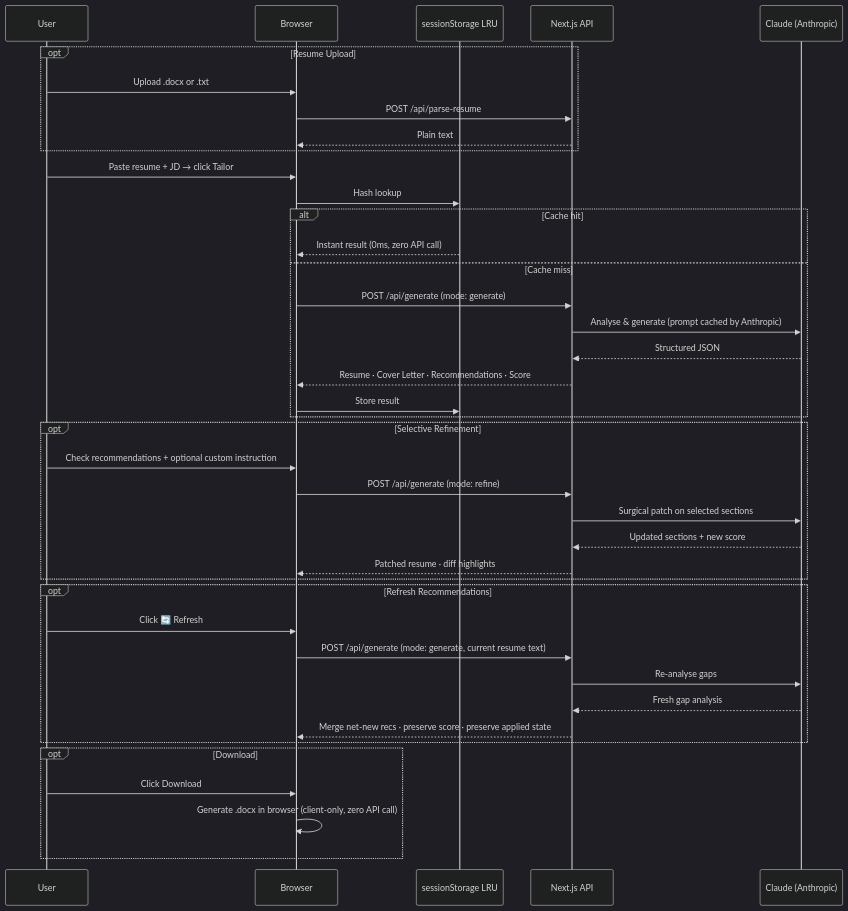
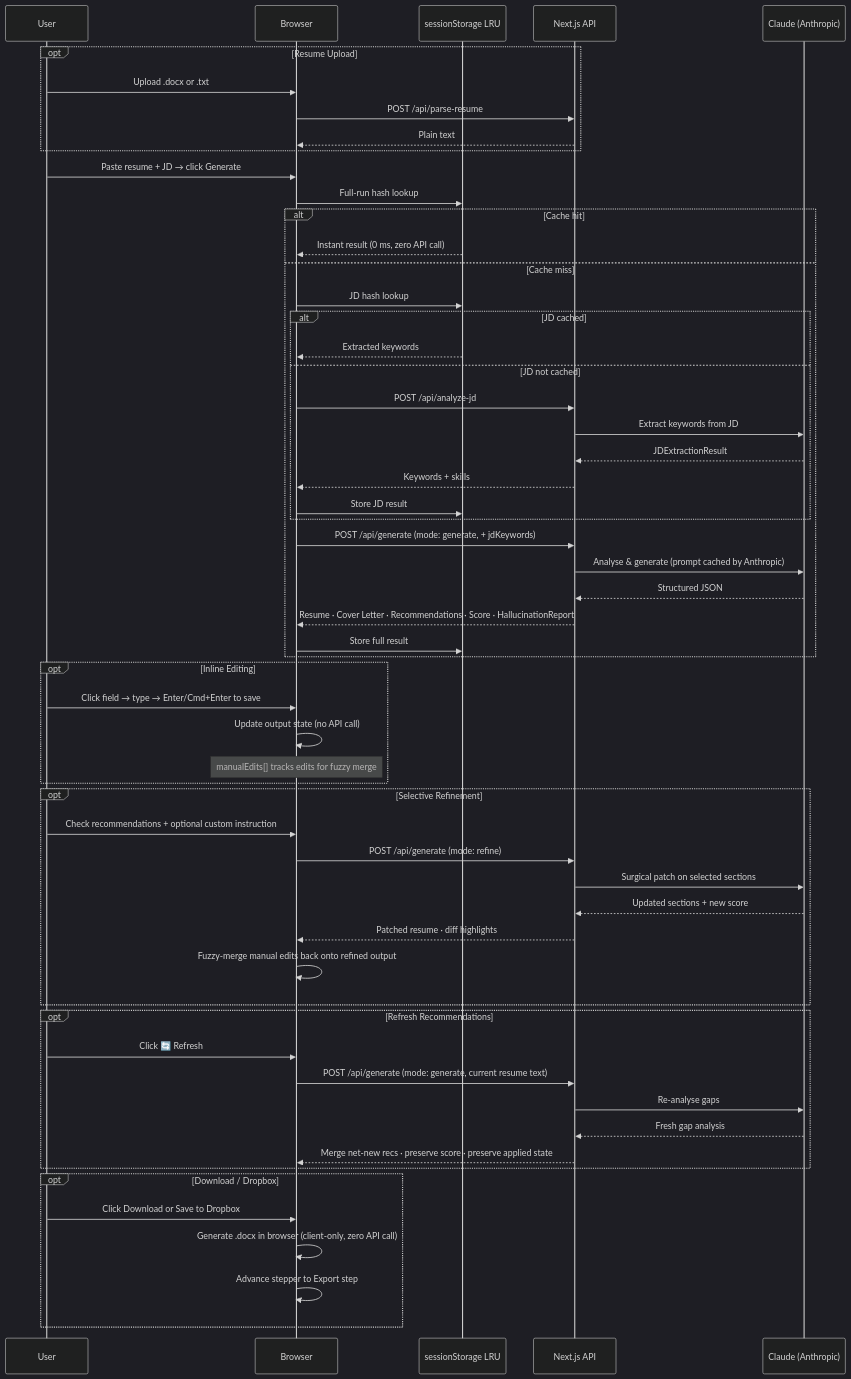
One commit to hardikshukla/resume-builder changed the diagram in README.md. Above: the diagram before and after it, drawn with Mermaid (dark theme). The commit also changed other lines of this file and 52 other files, not shown here.

First line of the commit message:
feat: add ResumePreview and WorkflowStepper components for enhanced resume management

````diff
--- a/README.md
+++ b/README.md
@@ -169,47 +200,65 @@
 ```mermaid
 sequenceDiagram
     participant U as User
     participant UI as Browser
     participant CACHE as sessionStorage LRU
     participant API as Next.js API
     participant LLM as Claude (Anthropic)
 
     opt Resume Upload
         U->>UI: Upload .docx or .txt
         UI->>API: POST /api/parse-resume
         API-->>UI: Plain text
     end
 
-    U->>UI: Paste resume + JD → click Tailor
-    UI->>CACHE: Hash lookup
+    U->>UI: Paste resume + JD → click Generate
+    UI->>CACHE: Full-run hash lookup
     alt Cache hit
-        CACHE-->>UI: Instant result (0ms, zero API call)
+        CACHE-->>UI: Instant result (0 ms, zero API call)
     else Cache miss
-        UI->>API: POST /api/generate (mode: generate)
+        UI->>CACHE: JD hash lookup
+        alt JD cached
+            CACHE-->>UI: Extracted keywords
+        else JD not cached
+            UI->>API: POST /api/analyze-jd
+            API->>LLM: Extract keywords from JD
+            LLM-->>API: JDExtractionResult
+            API-->>UI: Keywords + skills
+            UI->>CACHE: Store JD result
+        end
+        UI->>API: POST /api/generate (mode: generate, + jdKeywords)
         API->>LLM: Analyse & generate (prompt cached by Anthropic)
         LLM-->>API: Structured JSON
-        API-->>UI: Resume · Cover Letter · Recommendations · Score
-        UI->>CACHE: Store result
+        API-->>UI: Resume · Cover Letter · Recommendations · Score · HallucinationReport
+        UI->>CACHE: Store full result
+    end
+
+    opt Inline Editing
+        U->>UI: Click field → type → Enter/Cmd+Enter to save
+        UI->>UI: Update output state (no API call)
+        note over UI: manualEdits[] tracks edits for fuzzy merge
     end
 
     opt Selective Refinement
         U->>UI: Check recommendations + optional custom instruction
         UI->>API: POST /api/generate (mode: refine)
         API->>LLM: Surgical patch on selected sections
         LLM-->>API: Updated sections + new score
         API-->>UI: Patched resume · diff highlights
+        UI->>UI: Fuzzy-merge manual edits back onto refined output
     end
 
     opt Refresh Recommendations
         U->>UI: Click 🔄 Refresh
         UI->>API: POST /api/generate (mode: generate, current resume text)
         API->>LLM: Re-analyse gaps
         LLM-->>API: Fresh gap analysis
         API-->>UI: Merge net-new recs · preserve score · preserve applied state
     end
 
-    opt Download
-        U->>UI: Click Download
+    opt Download / Dropbox
+        U->>UI: Click Download or Save to Dropbox
         UI->>UI: Generate .docx in browser (client-only, zero API call)
+        UI->>UI: Advance stepper to Export step
     end
 ```
````
